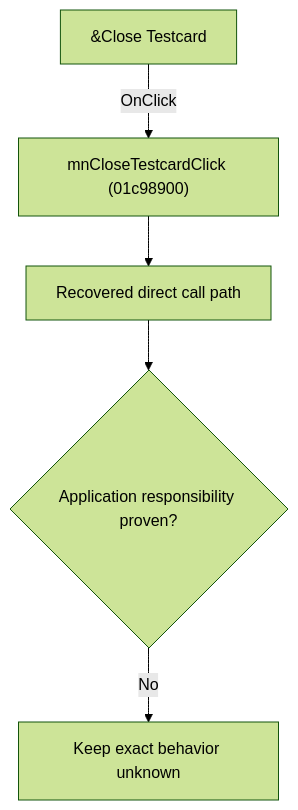
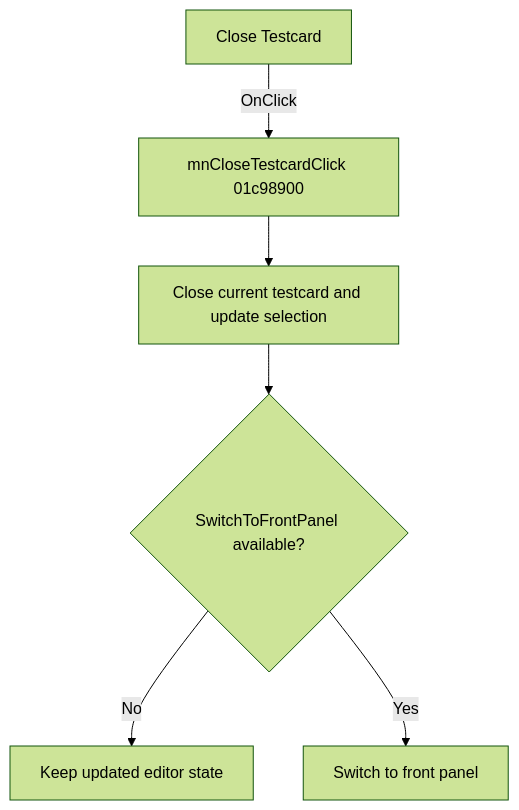
One commit to MovGP0/TIARA changed the diagram in docs/ui-controls/schematiceditor/mnclosetestcard-88eb26ab01.md. Above: the diagram before and after it, drawn with Mermaid (forest theme). The commit also changed other lines of this file and 241 other files, not shown here.

````diff
--- a/docs/ui-controls/schematiceditor/mnclosetestcard-88eb26ab01.md
+++ b/docs/ui-controls/schematiceditor/mnclosetestcard-88eb26ab01.md
@@ -27,7 +24,8 @@
 ```mermaid
 flowchart TD
-    control["&Close Testcard"] -->|"OnClick"| handler["mnCloseTestcardClick (01c98900)"]
-    handler --> recovered["Recovered direct call path"]
-    recovered --> gap{"Application responsibility proven?"}
-    gap -->|"No"| blocked["Keep exact behavior unknown"]
+    control["Close Testcard"] -->|"OnClick"| handler["mnCloseTestcardClick 01c98900"]
+    handler --> close["Close current testcard and update selection"]
+    close --> export{"SwitchToFrontPanel available?"}
+    export -->|"No"| noCall["Keep updated editor state"]
+    export -->|"Yes"| front["Switch to front panel"]
 ```
````
